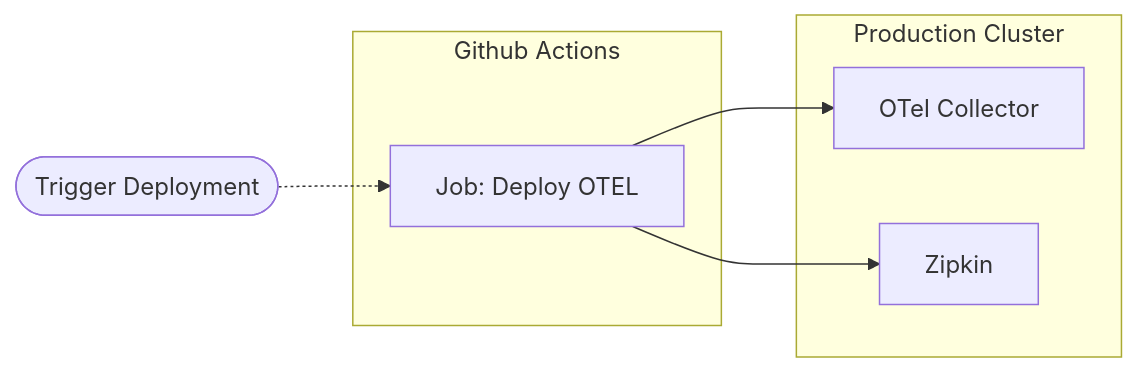
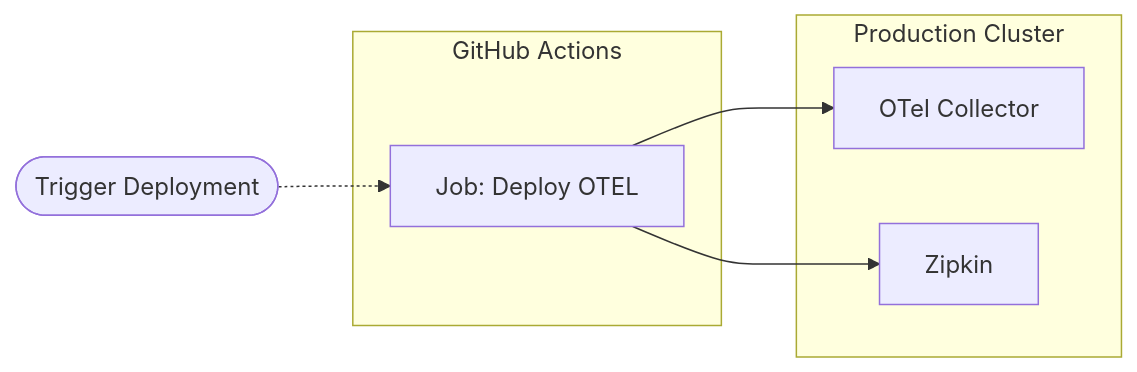
One commit to apollographql/docs changed diagram 11 of 13 in src/content/graphos/enterprise/reference-architecture.mdx. Above: the diagram before and after it, drawn with Mermaid. The commit also changed other lines of this file, not shown here.

````diff
--- a/src/content/graphos/enterprise/reference-architecture.mdx
+++ b/src/content/graphos/enterprise/reference-architecture.mdx
@@ -434,17 +468,17 @@
 ```mermaid
 flowchart LR
   trigger(["Trigger Deployment"])
 
-  subgraph githubactions["Github Actions"]
+  subgraph githubactions["GitHub Actions"]
     deploy["Job: Deploy OTEL"]
   end
 
   subgraph cluster["Production Cluster"]
     collector["OTel Collector"]
     zipkin[Zipkin]
   end
 
   trigger -.-> deploy
   deploy --> collector
   deploy --> zipkin
 ```
````
